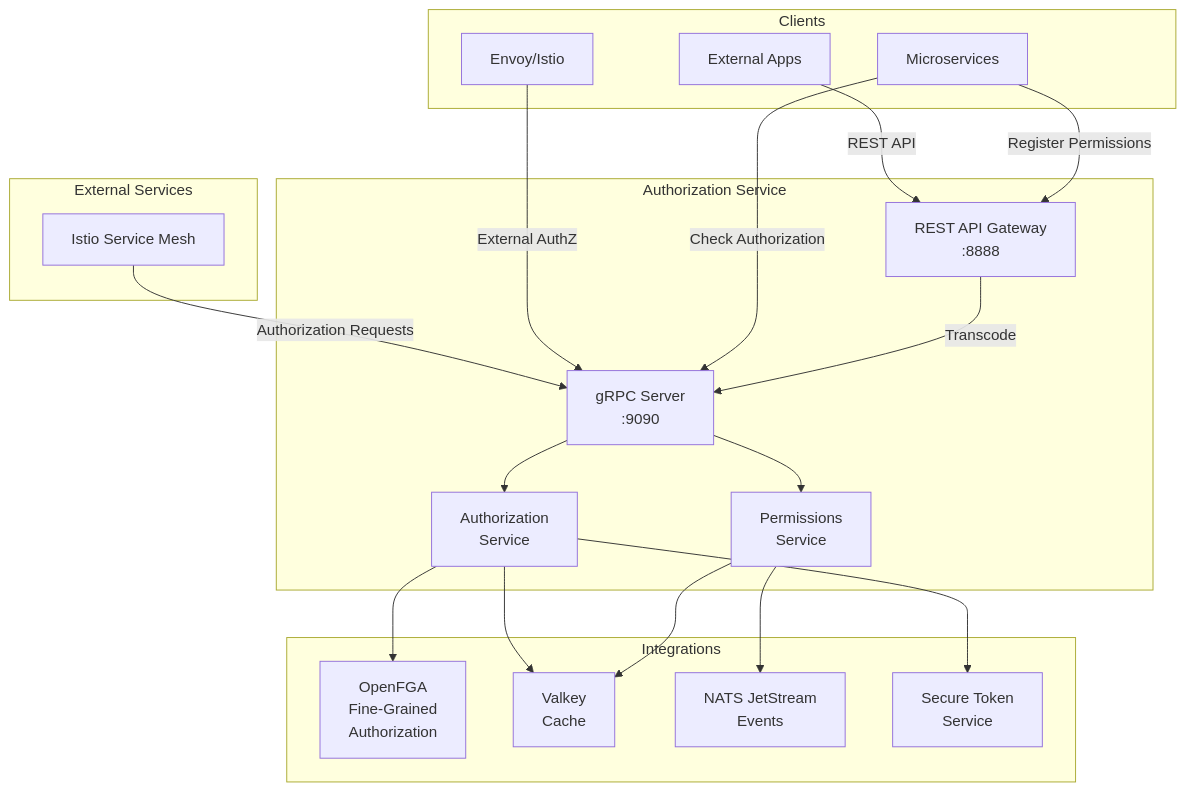
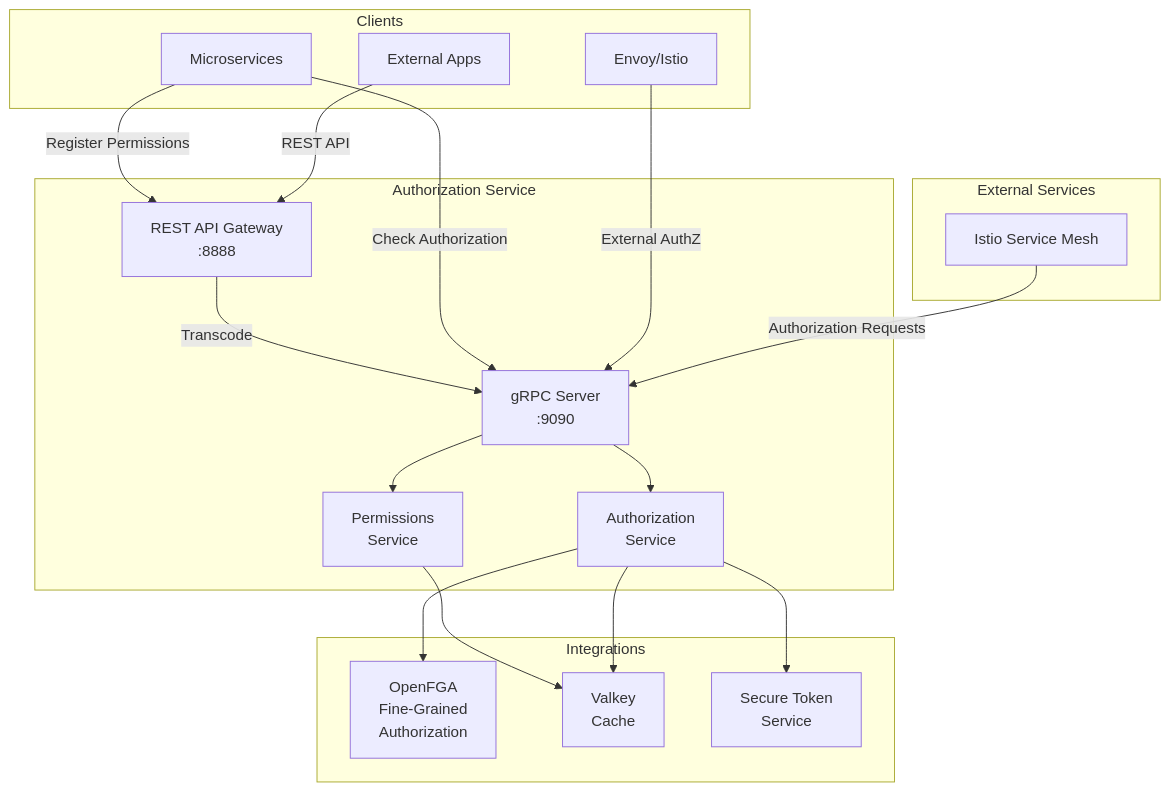
One commit to canonical/authorization-service changed the diagram in README.md. Above: the diagram before and after it, drawn with Mermaid. The commit also changed other lines of this file and 18 other files, not shown here.

````diff
--- a/README.md
+++ b/README.md
@@ -12,36 +11,34 @@
 ```mermaid
 graph TB
     subgraph clients["Clients"]
         A["Microservices"]
         B["Envoy/Istio"]
         C["External Apps"]
     end
     subgraph authz["Authorization Service"]
         REST["REST API Gateway<br/>:8888"]
         GRPC["gRPC Server<br/>:9090"]
         PERMS["Permissions<br/>Service"]
         AUTHZ["Authorization<br/>Service"]
         REST -->|Transcode| GRPC
         GRPC --> PERMS
         GRPC --> AUTHZ
     end
     subgraph integrations["Integrations"]
         FGA["OpenFGA<br/>Fine-Grained<br/>Authorization"]
         VALKEY["Valkey<br/>Cache"]
-        NATS["NATS JetStream<br/>Events"]
         STS["Secure Token<br/>Service"]
     end
     subgraph external["External Services"]
         ISTIO["Istio Service Mesh"]
     end
     A -->|Register Permissions| REST
     A -->|Check Authorization| GRPC
     B -->|External AuthZ| GRPC
     C -->|REST API| REST
     PERMS --> VALKEY
-    PERMS --> NATS
     AUTHZ --> FGA
     AUTHZ --> VALKEY
     AUTHZ --> STS
     ISTIO -->|Authorization Requests| GRPC
 ```
````
